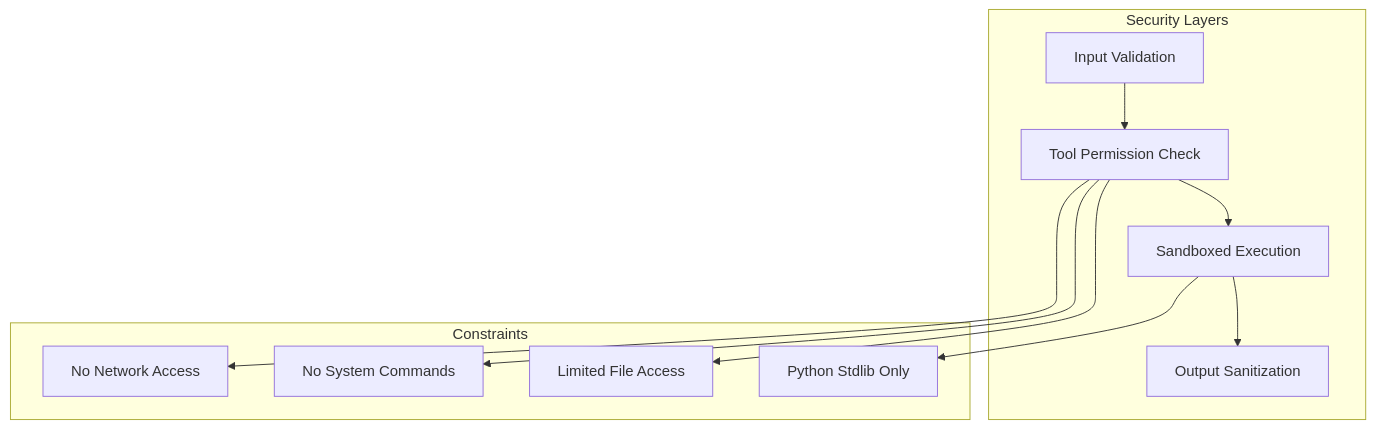
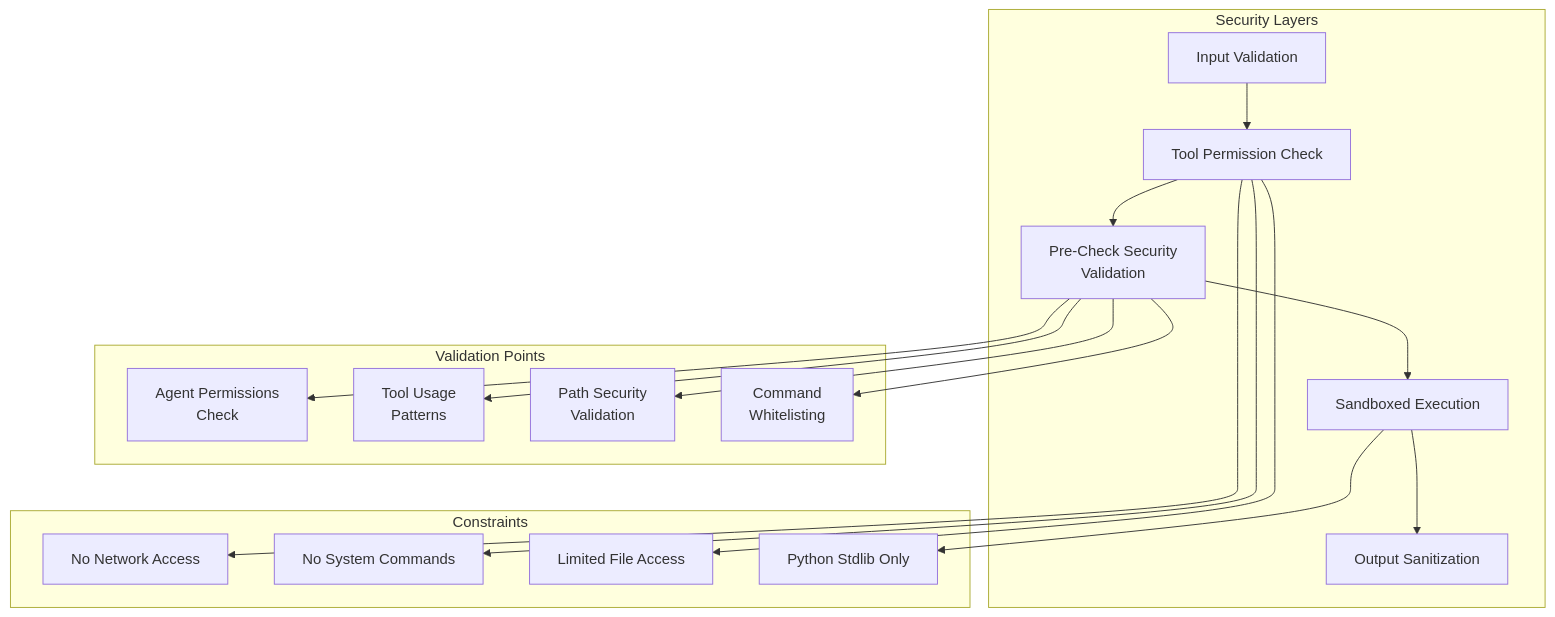
The ninth of 9 diagrams in ARCHITECTURE.md (asifnawaz/claude-code-rlvr-spec-system), drawn with Mermaid before and after one commit. The commit also changed other lines of this file and 69 other files, not shown here.

````diff
--- a/ARCHITECTURE.md
+++ b/ARCHITECTURE.md
@@ -346,20 +414,33 @@
 ```mermaid
 graph TD
     subgraph "Security Layers"
         A[Input Validation] --> B[Tool Permission Check]
-        B --> C[Sandboxed Execution]
+        B --> PC[Pre-Check Security<br/>Validation]
+        PC --> C[Sandboxed Execution]
         C --> D[Output Sanitization]
+    end
+    
+    subgraph "Validation Points"
+        PC1[Agent Permissions<br/>Check]
+        PC2[Tool Usage<br/>Patterns]
+        PC3[Path Security<br/>Validation]
+        PC4[Command<br/>Whitelisting]
     end
     
     subgraph "Constraints"
         E[No Network Access]
         F[No System Commands]
         G[Limited File Access]
         H[Python Stdlib Only]
     end
     
+    PC --> PC1
+    PC --> PC2
+    PC --> PC3
+    PC --> PC4
+    
     B --> E
     B --> F
     B --> G
     C --> H
 ```
````
